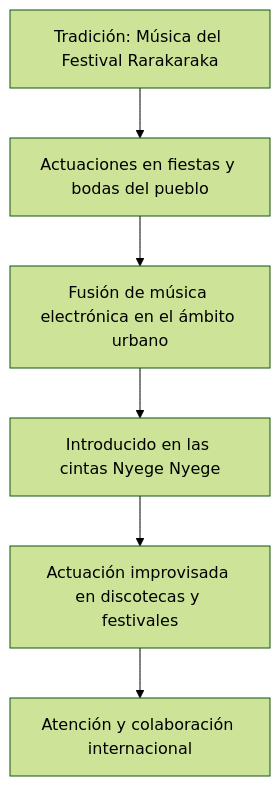
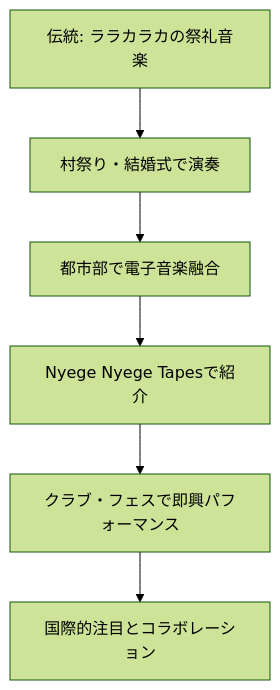
The third of 6 diagrams in es/_posts/2025-10-04-Column-Nyege-Nyege.md (monumental-movement/monumental-movement.github.io), drawn with Mermaid (forest theme) before and after one commit. The commit also changed other lines of this file and 299 other files, not shown here.

```diff
--- a/es/_posts/2025-10-04-Column-Nyege-Nyege.md
+++ b/es/_posts/2025-10-04-Column-Nyege-Nyege.md
@@ -179,10 +179,10 @@
 <div class="mermaid">
 
 flowchart TD
-    A["Tradición: Música del Festival Rarakaraka"] --> B["Actuaciones en fiestas y bodas del pueblo"]
-    B --> C["Fusión de música electrónica en el ámbito urbano"]
-    C --> D["Introducido en las cintas Nyege Nyege"]
-    D --> E["Actuación improvisada en discotecas y festivales"]
-    E --> F["Atención y colaboración internacional"]
+    A["伝統: ララカラカの祭礼音楽"] --> B["村祭り・結婚式で演奏"]
+    B --> C["都市部で電子音楽融合"]
+    C --> D["Nyege Nyege Tapesで紹介"]
+    D --> E["クラブ・フェスで即興パフォーマンス"]
+    E --> F["国際的注目とコラボレーション"]
 
 </div>
```
